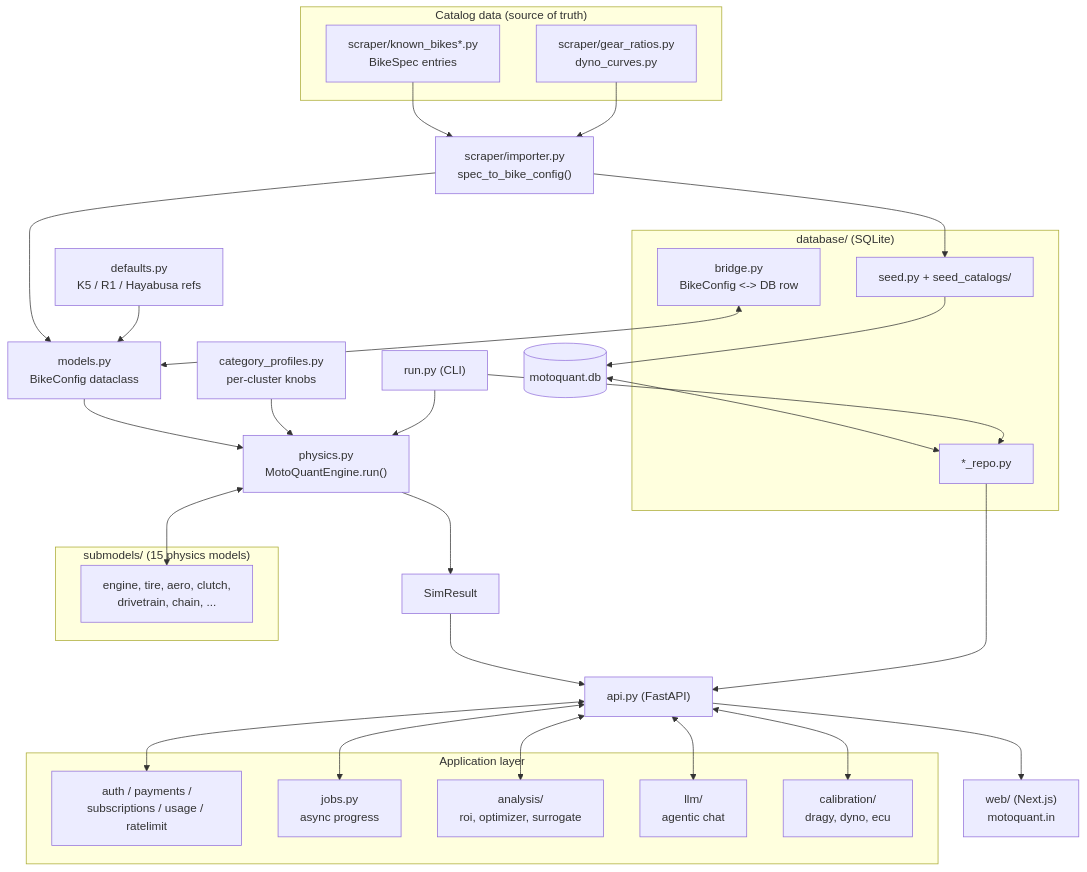
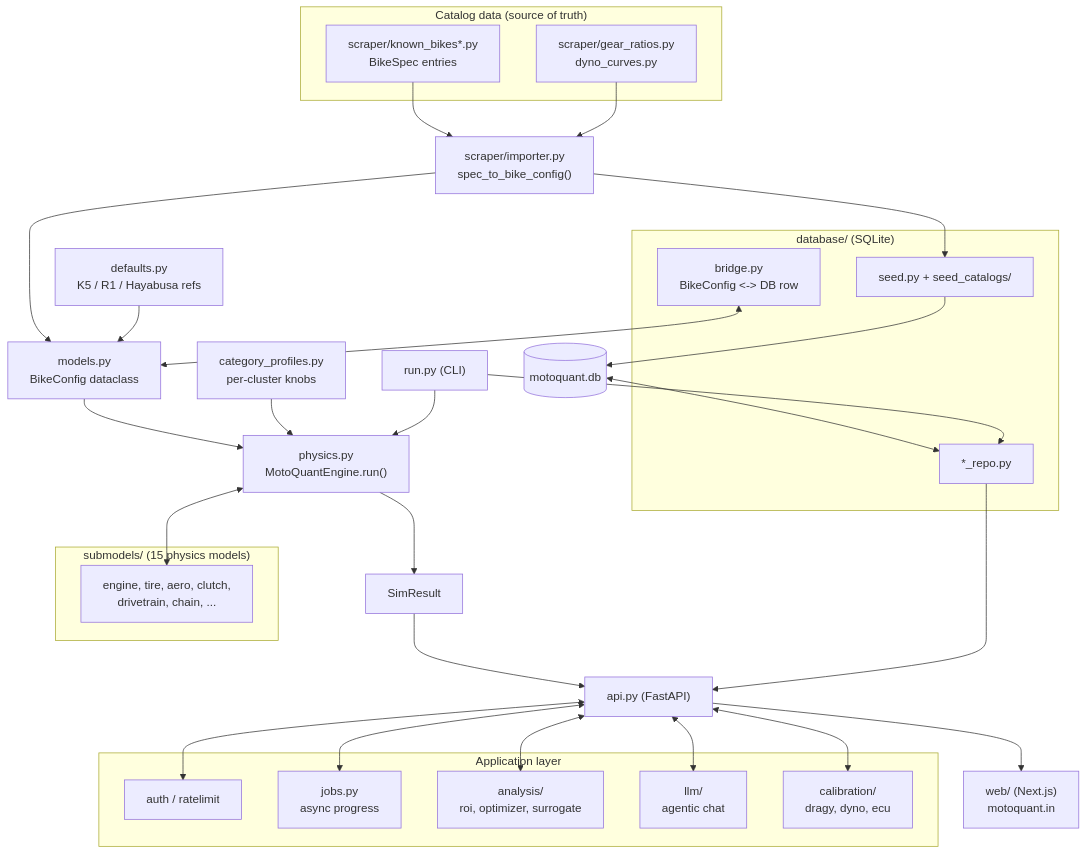
One commit to toto171/MotoQuant.in changed the diagram in docs/ARCHITECTURE.md. Above: the diagram before and after it, drawn with Mermaid. The commit also changed other lines of this file and 147 other files, not shown here.

````diff
--- a/docs/ARCHITECTURE.md
+++ b/docs/ARCHITECTURE.md
@@ -19,46 +19,46 @@
 ```mermaid
 flowchart TD
     subgraph Data["Catalog data (source of truth)"]
         KB["scraper/known_bikes*.py<br/>BikeSpec entries"]
         GR["scraper/gear_ratios.py<br/>dyno_curves.py"]
     end
     KB --> IMP["scraper/importer.py<br/>spec_to_bike_config()"]
     GR --> IMP
     IMP --> BC["models.py<br/>BikeConfig dataclass"]
     DEF["defaults.py<br/>K5 / R1 / Hayabusa refs"] --> BC
     BC --> ENG["physics.py<br/>MotoQuantEngine.run()"]
     subgraph Sub["submodels/ (15 physics models)"]
         SM["engine, tire, aero, clutch,<br/>drivetrain, chain, ..."]
     end
     ENG <--> SM
     CP["category_profiles.py<br/>per-cluster knobs"] --> ENG
     ENG --> SR["SimResult"]
 
     subgraph Persist["database/ (SQLite)"]
         SEED["seed.py + seed_catalogs/"]
         BRIDGE["bridge.py<br/>BikeConfig &lt;-&gt; DB row"]
         REPOS["*_repo.py"]
     end
     IMP --> SEED
     SEED --> DB[("motoquant.db")]
     DB <--> REPOS
     BRIDGE <--> BC
 
     SR --> API["api.py (FastAPI)"]
     REPOS --> API
     subgraph AppLayer["Application layer"]
-        AUTH["auth / payments /<br/>subscriptions / usage / ratelimit"]
+        AUTH["auth / ratelimit"]
         JOBS["jobs.py<br/>async progress"]
         ANALYSIS["analysis/<br/>roi, optimizer, surrogate"]
         LLM["llm/<br/>agentic chat"]
         CAL["calibration/<br/>dragy, dyno, ecu"]
     end
     API <--> AUTH
     API <--> JOBS
     API <--> ANALYSIS
     API <--> LLM
     API <--> CAL
     API --> WEB["web/ (Next.js)<br/>motoquant.in"]
     CLI["run.py (CLI)"] --> ENG
     CLI --> REPOS
 ```
````
